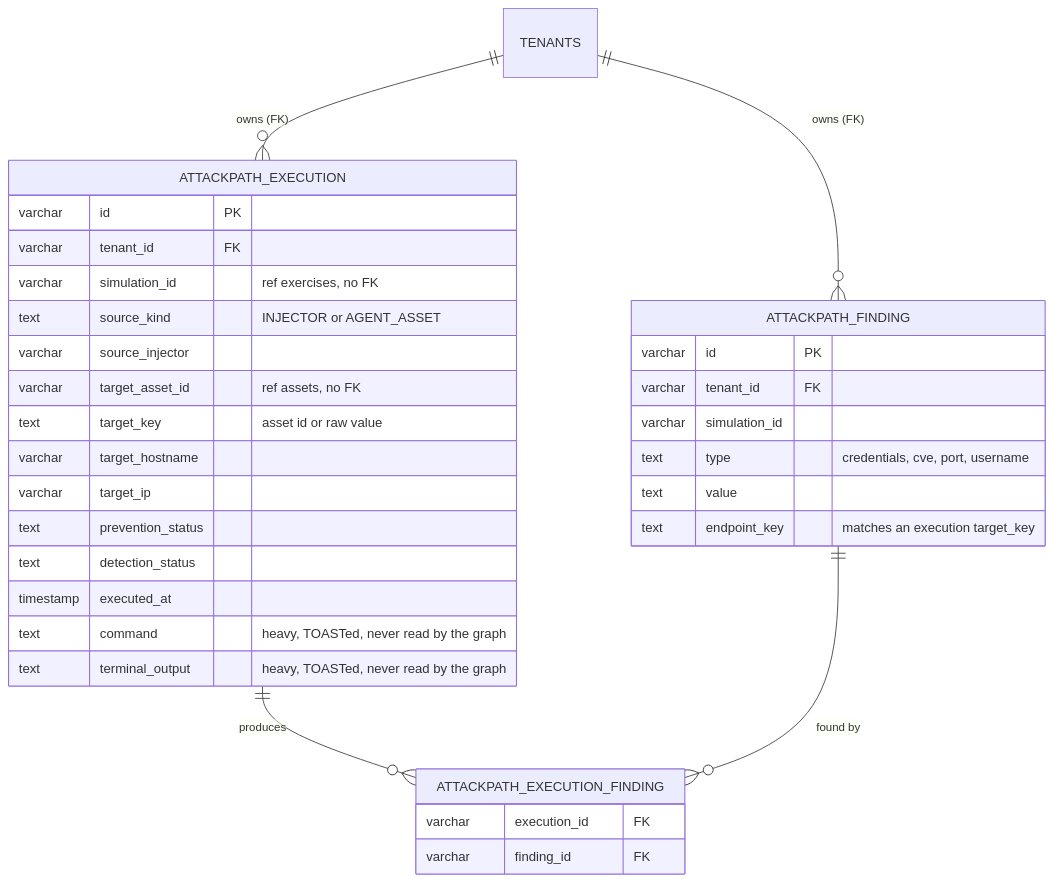
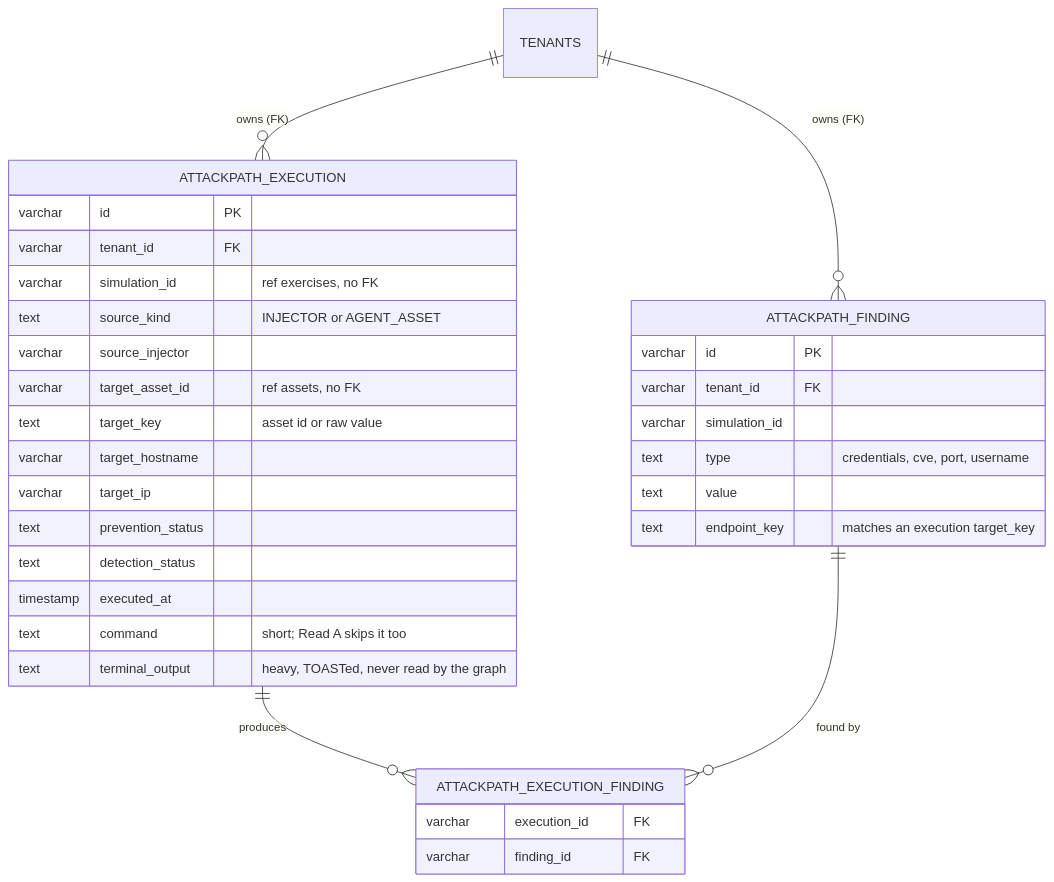
The second of 5 diagrams in docs/docs/development/attack-path-poc.md (OpenAEV-Platform/openaev), drawn with Mermaid before and after one commit. The commit also changed other lines of this file and 1 other file, not shown here.

````diff
--- a/docs/docs/development/attack-path-poc.md
+++ b/docs/docs/development/attack-path-poc.md
@@ -47,35 +47,35 @@
 ```mermaid
 erDiagram
     TENANTS ||--o{ ATTACKPATH_EXECUTION : "owns (FK)"
     TENANTS ||--o{ ATTACKPATH_FINDING : "owns (FK)"
     ATTACKPATH_EXECUTION ||--o{ ATTACKPATH_EXECUTION_FINDING : "produces"
     ATTACKPATH_FINDING ||--o{ ATTACKPATH_EXECUTION_FINDING : "found by"
     ATTACKPATH_EXECUTION {
         varchar id PK
         varchar tenant_id FK
         varchar simulation_id "ref exercises, no FK"
         text source_kind "INJECTOR or AGENT_ASSET"
         varchar source_injector
         varchar target_asset_id "ref assets, no FK"
         text target_key "asset id or raw value"
         varchar target_hostname
         varchar target_ip
         text prevention_status
         text detection_status
         timestamp executed_at
-        text command "heavy, TOASTed, never read by the graph"
+        text command "short; Read A skips it too"
         text terminal_output "heavy, TOASTed, never read by the graph"
     }
     ATTACKPATH_FINDING {
         varchar id PK
         varchar tenant_id FK
         varchar simulation_id
         text type "credentials, cve, port, username"
         text value
         text endpoint_key "matches an execution target_key"
     }
     ATTACKPATH_EXECUTION_FINDING {
         varchar execution_id FK
         varchar finding_id FK
     }
 ```
````
